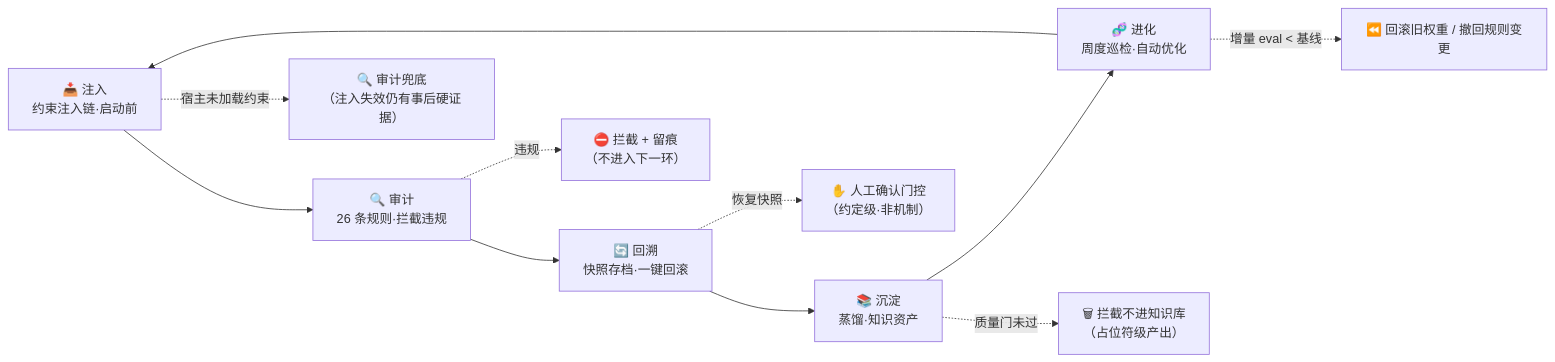
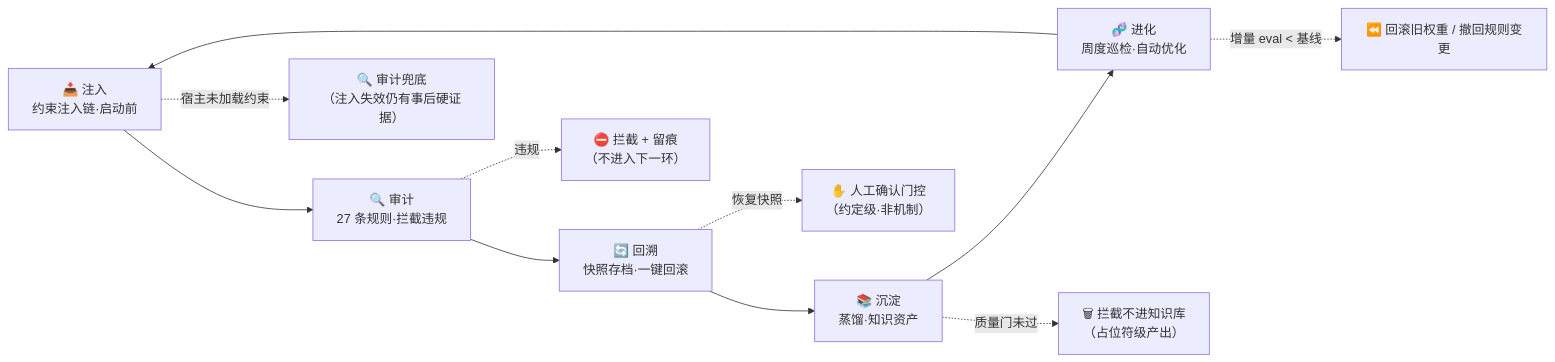
Before and after one commit to KongFangXun/sofagent: the ninth of 9 diagrams in docs/ARCHITECTURE.md, drawn with Mermaid. The commit also changed other lines of this file and 6 other files, not shown here.

````diff
--- a/docs/ARCHITECTURE.md
+++ b/docs/ARCHITECTURE.md
@@ -1056,13 +1056,13 @@
 ```mermaid
 graph LR
-    A["📥 注入<br/>约束注入链·启动前"] --> B["🔍 审计<br/>26 条规则·拦截违规"]
+    A["📥 注入<br/>约束注入链·启动前"] --> B["🔍 审计<br/>27 条规则·拦截违规"]
     B --> C["🔄 回溯<br/>快照存档·一键回滚"]
     C --> D["📚 沉淀<br/>蒸馏·知识资产"]
     D --> E["🧬 进化<br/>周度巡检·自动优化"]
     E --> A
     B -.->|违规| BX["⛔ 拦截 + 留痕<br/>（不进入下一环）"]
     C -.->|恢复快照| CX["✋ 人工确认门控<br/>（约定级·非机制）"]
     D -.->|质量门未过| DX["🗑 拦截不进知识库<br/>（占位符级产出）"]
     E -.->|增量 eval < 基线| EX["⏪ 回滚旧权重 / 撤回规则变更"]
     A -.->|宿主未加载约束| AX["🔍 审计兜底<br/>（注入失效仍有事后硬证据）"]
 ```
````
